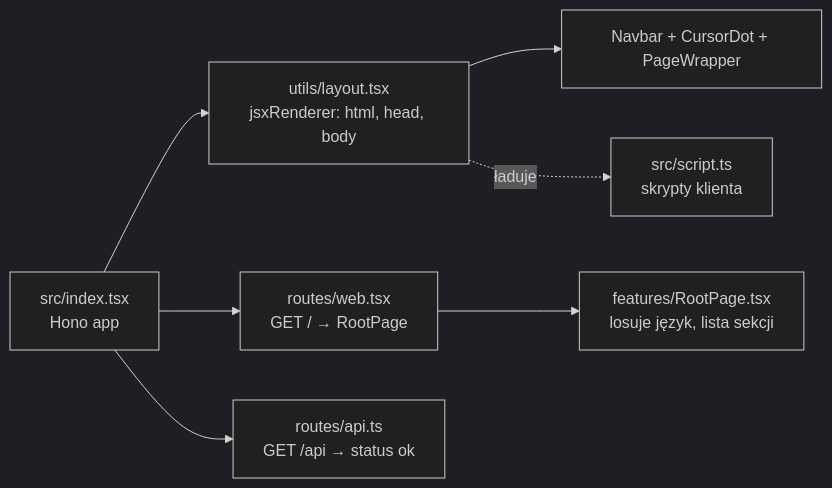
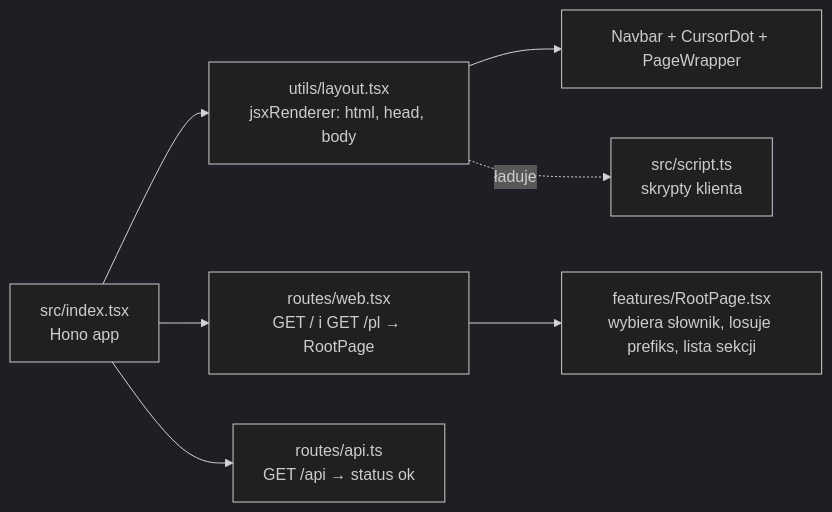
Before and after one commit to Warchlik/whoami: the diagram in Introduction.md, drawn with Mermaid (dark theme). The commit also changed other lines of this file and 23 other files, not shown here.

````diff
--- a/Introduction.md
+++ b/Introduction.md
@@ -29,9 +30,9 @@
 ```mermaid
 flowchart LR
   A[src/index.tsx<br/>Hono app] --> B[utils/layout.tsx<br/>jsxRenderer: html, head, body]
-  A --> C[routes/web.tsx<br/>GET / → RootPage]
+  A --> C[routes/web.tsx<br/>GET / i GET /pl → RootPage]
   A --> D[routes/api.ts<br/>GET /api → status ok]
   B --> E[Navbar + CursorDot + PageWrapper]
-  C --> F[features/RootPage.tsx<br/>losuje język, lista sekcji]
+  C --> F[features/RootPage.tsx<br/>wybiera słownik, losuje prefiks, lista sekcji]
   B -. ładuje .-> G[src/script.ts<br/>skrypty klienta]
 ```
````
